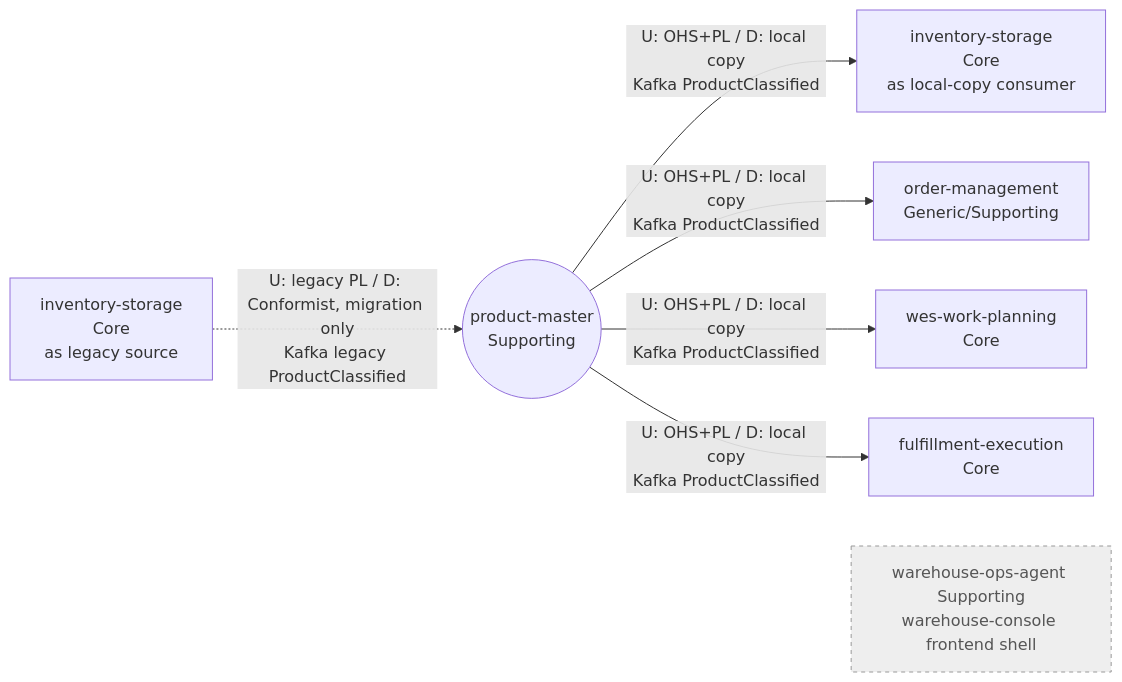
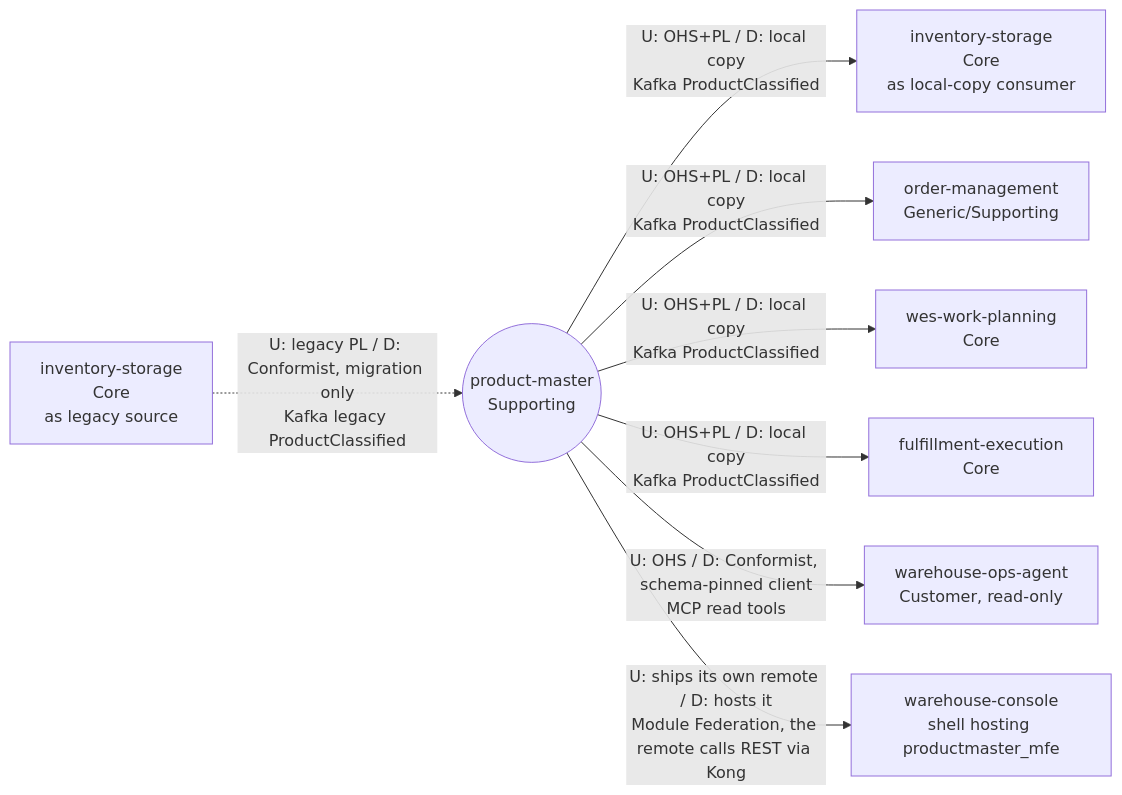
The diagram in docs/docs/ddd/context-map.md (IQVO/product-master), drawn with Mermaid before and after one commit. The commit also changed other lines of this file and 8 other files, not shown here.

Commit message:
docs: ops-agent (MCP, ADR 0020) and console remote are built and deployed; runtime surface lists cmd/mcp, analytics binaries and web/; reports Kong route known issue; ADR 0005-0006 in the sidebar

````diff
--- a/docs/docs/ddd/context-map.md
+++ b/docs/docs/ddd/context-map.md
@@ -17,21 +17,20 @@
 ```mermaid
 flowchart LR
   PM(("product-master<br/>Supporting"))
 
   INVU["inventory-storage<br/>Core<br/>as legacy source"]
   INV["inventory-storage<br/>Core<br/>as local-copy consumer"]
   OM["order-management<br/>Generic/Supporting"]
   WWP["wes-work-planning<br/>Core"]
   FE["fulfillment-execution<br/>Core"]
-  OPS["warehouse-ops-agent Supporting<br/>warehouse-console frontend shell"]
+  OPS["warehouse-ops-agent<br/>Customer, read-only"]
+  CON["warehouse-console<br/>shell hosting productmaster_mfe"]
 
   INVU -. "U: legacy PL / D: Conformist, migration only<br/>Kafka legacy ProductClassified" .-> PM
   PM -- "U: OHS+PL / D: local copy<br/>Kafka ProductClassified" --> INV
   PM -- "U: OHS+PL / D: local copy<br/>Kafka ProductClassified" --> OM
   PM -- "U: OHS+PL / D: local copy<br/>Kafka ProductClassified" --> WWP
   PM -- "U: OHS+PL / D: local copy<br/>Kafka ProductClassified" --> FE
-  PM ~~~ OPS
-
-  classDef absent fill:#eeeeee,stroke:#999999,color:#555555,stroke-dasharray: 4 4
-  class OPS absent
+  PM -- "U: OHS / D: Conformist, schema-pinned client<br/>MCP read tools" --> OPS
+  PM -- "U: ships its own remote / D: hosts it<br/>Module Federation, the remote calls REST via Kong" --> CON
 ```
````
